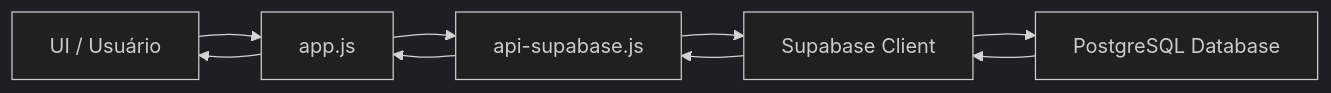
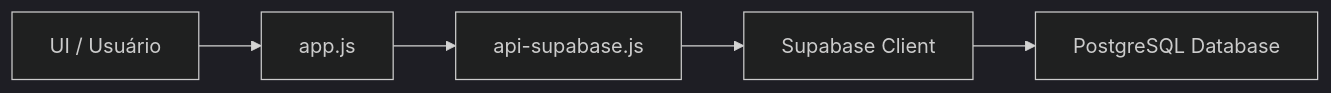
The diagram in README.md (VanderleyNascimento/Loggi-Stock), drawn with Mermaid (dark theme) before and after one commit. The commit also changed other lines of this file, not shown here.

````diff
--- a/README.md
+++ b/README.md
@@ -333,11 +179,7 @@
 ```mermaid
 graph LR
     A[UI / Usuário] --> B[app.js]
     B --> C[api-supabase.js]
     C --> D[Supabase Client]
     D --> E[PostgreSQL Database]
-    E --> D
-    D --> C
-    C --> B
-    B --> A
 ```
````
